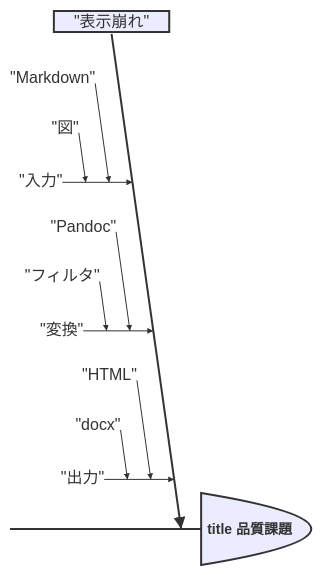
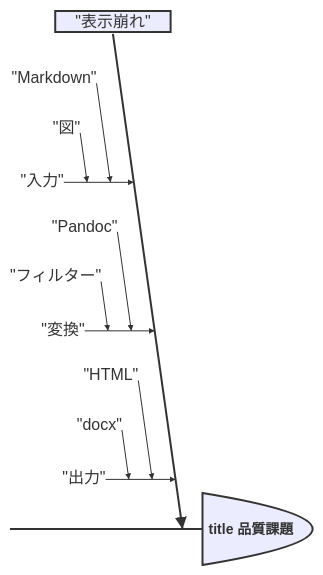
Before and after one commit to Hondarer/pub_markdown: diagram 23 of 25 in docs/sample/mermaid-showcase.md, drawn with Mermaid. The commit also changed other lines of this file and 46 other files, not shown here.

````diff
--- a/docs/sample/mermaid-showcase.md
+++ b/docs/sample/mermaid-showcase.md
@@ -336,14 +336,14 @@
 ```mermaid
 ishikawa
     title 品質課題
     "表示崩れ"
         "入力"
             "Markdown"
             "図"
         "変換"
             "Pandoc"
-            "フィルタ"
+            "フィルター"
         "出力"
             "HTML"
             "docx"
 ```
````
